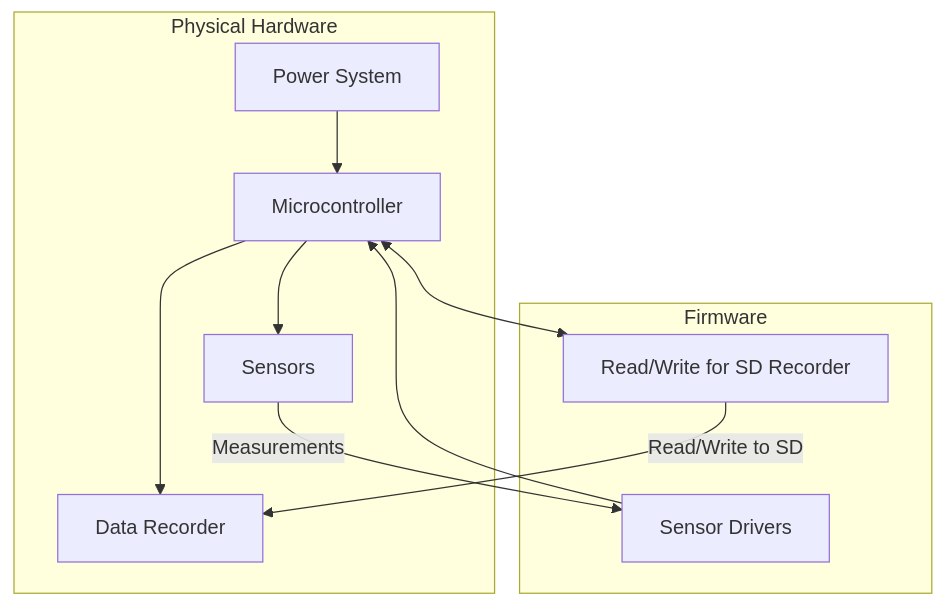
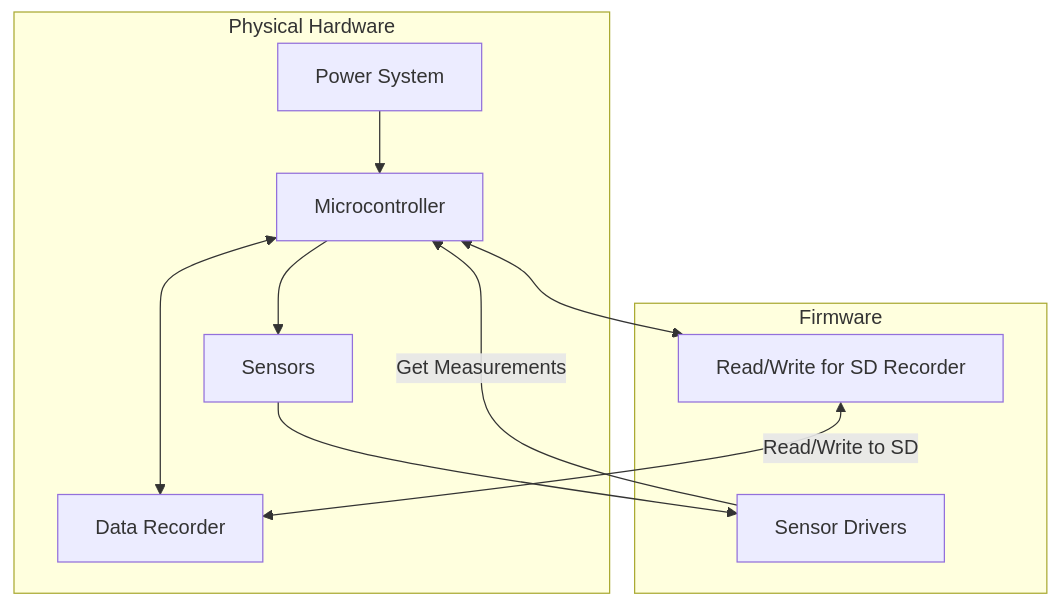
One commit to FerretInEmbeddedSystems/Basic-Weather-Balloon-BlackBox changed the diagram in README.md. Above: the diagram before and after it, drawn with Mermaid.

Commit message:
Update README.md
Alright. Let's see if we got it right this time.

````diff
--- a/README.md
+++ b/README.md
@@ -6,22 +6,22 @@
 ```mermaid
 flowchart TB
     subgraph HW["Physical Hardware"]
         MCU["Microcontroller"]
         S["Sensors"]
         DR["Data Recorder"]
         P["Power System"]
     end
 
     subgraph FW["Firmware"]
         SD["Sensor Drivers"]
         RC["Read/Write for SD Recorder"]
     end
 
     P --> MCU
     MCU --> S
-    MCU --> DR
-    S -->|"Measurements"| SD
-    SD --> MCU
+    MCU <--> DR
+    S --> SD
+    SD --> |"Get Measurements"|MCU
     MCU <--> RC
-    RC -->|"Read/Write to SD"| DR
+    RC <-->|"Read/Write to SD"| DR
 ```
````
